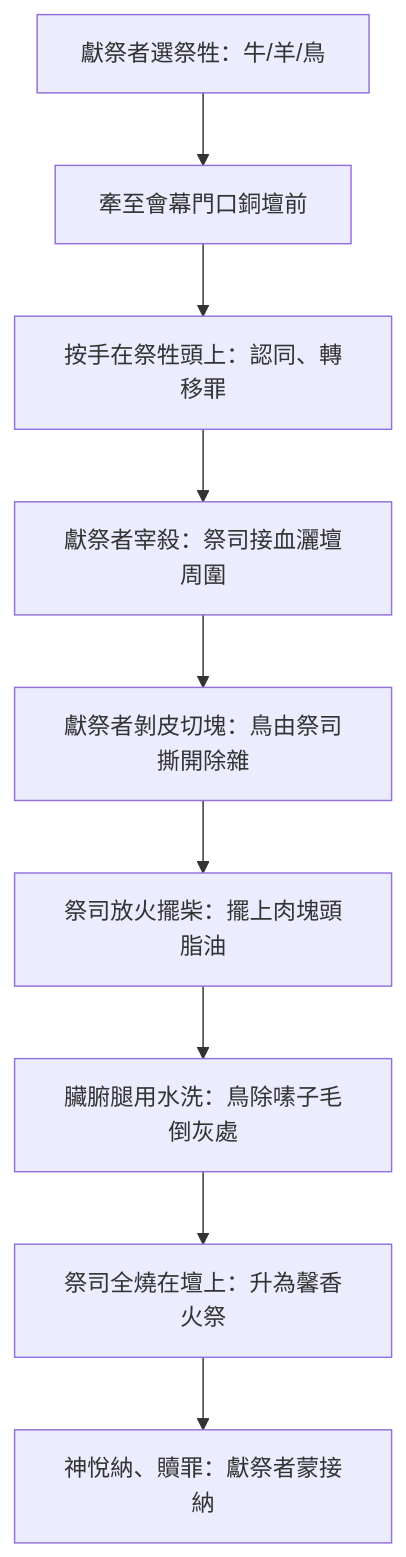
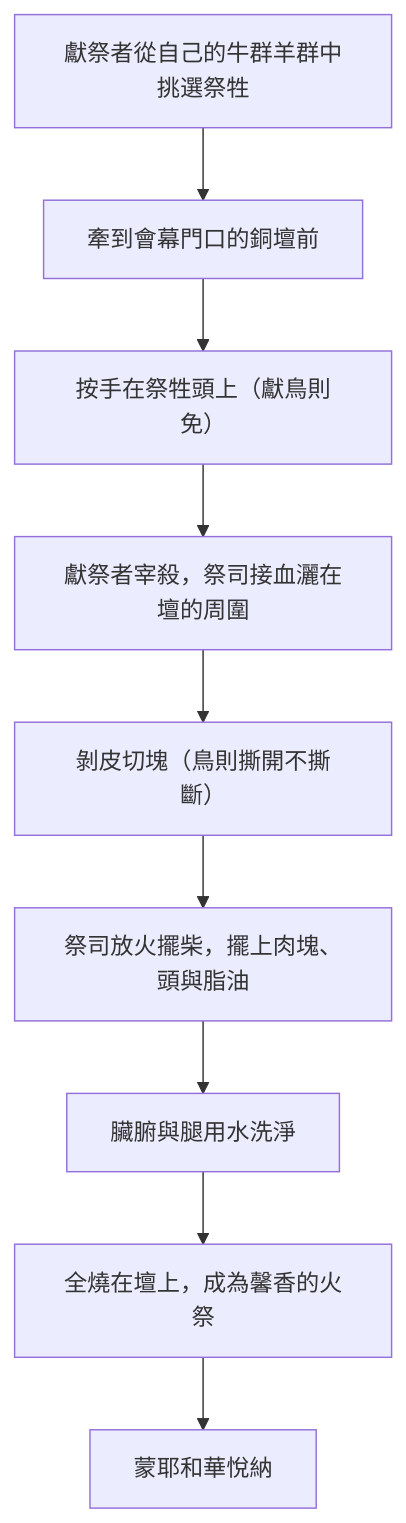
The diagram in 03 利未記/第1章.md (andyjr5566/Bible_wiki_zh), drawn with Mermaid before and after one commit. The commit also changed other lines of this file and 31 other files, not shown here.

````diff
--- a/03 利未記/第1章.md
+++ b/03 利未記/第1章.md
@@ -75,11 +99,11 @@
 ```mermaid
 flowchart TD
-    A["獻祭者選祭牲：牛/羊/鳥"] --> B["牽至會幕門口銅壇前"]
-    B --> C["按手在祭牲頭上：認同、轉移罪"]
-    C --> D["獻祭者宰殺：祭司接血灑壇周圍"]
-    D --> E["獻祭者剝皮切塊：鳥由祭司撕開除雜"]
-    E --> F["祭司放火擺柴：擺上肉塊頭脂油"]
-    F --> G["臟腑腿用水洗：鳥除嗉子毛倒灰處"]
-    G --> H["祭司全燒在壇上：升為馨香火祭"]
-    H --> I["神悅納、贖罪：獻祭者蒙接納"]
+    A["獻祭者從自己的牛群羊群中挑選祭牲"] --> B["牽到會幕門口的銅壇前"]
+    B --> C["按手在祭牲頭上（獻鳥則免）"]
+    C --> D["獻祭者宰殺，祭司接血灑在壇的周圍"]
+    D --> E["剝皮切塊（鳥則撕開不撕斷）"]
+    E --> F["祭司放火擺柴，擺上肉塊、頭與脂油"]
+    F --> G["臟腑與腿用水洗淨"]
+    G --> H["全燒在壇上，成為馨香的火祭"]
+    H --> I["蒙耶和華悅納"]
 ```
````
